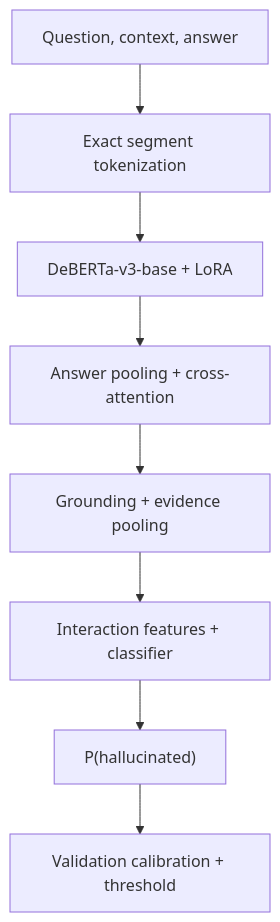
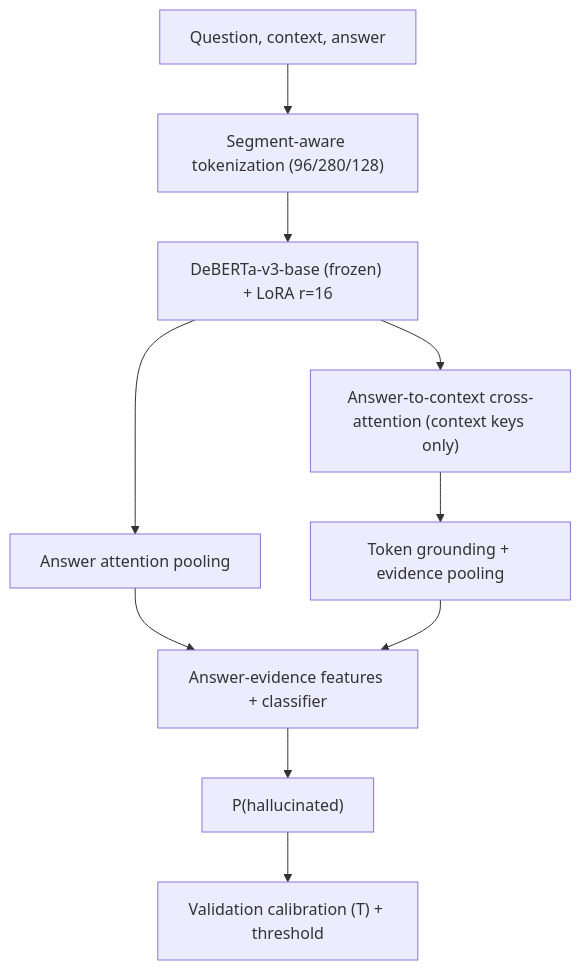
One commit to Umair-Ali-804/ClinHallu changed the diagram in docs/architecture.md. Above: the diagram before and after it, drawn with Mermaid. The commit also changed other lines of this file, not shown here.

````diff
--- a/docs/architecture.md
+++ b/docs/architecture.md
@@ -22,10 +31,12 @@
 ```mermaid
 flowchart TD
-    A["Question, context, answer"] --> B["Exact segment tokenization"]
-    B --> C["DeBERTa-v3-base + LoRA"]
-    C --> D["Answer pooling + cross-attention"]
-    D --> E["Grounding + evidence pooling"]
-    E --> F["Interaction features + classifier"]
-    F --> G["P(hallucinated)"]
-    G --> H["Validation calibration + threshold"]
+    A["Question, context, answer"] --> B["Segment-aware tokenization (96/280/128)"]
+    B --> C["DeBERTa-v3-base (frozen) + LoRA r=16"]
+    C --> D["Answer attention pooling"]
+    C --> E["Answer-to-context cross-attention (context keys only)"]
+    E --> F["Token grounding + evidence pooling"]
+    D --> G["Answer-evidence features + classifier"]
+    F --> G
+    G --> H["P(hallucinated)"]
+    H --> I["Validation calibration (T) + threshold"]
 ```
````
